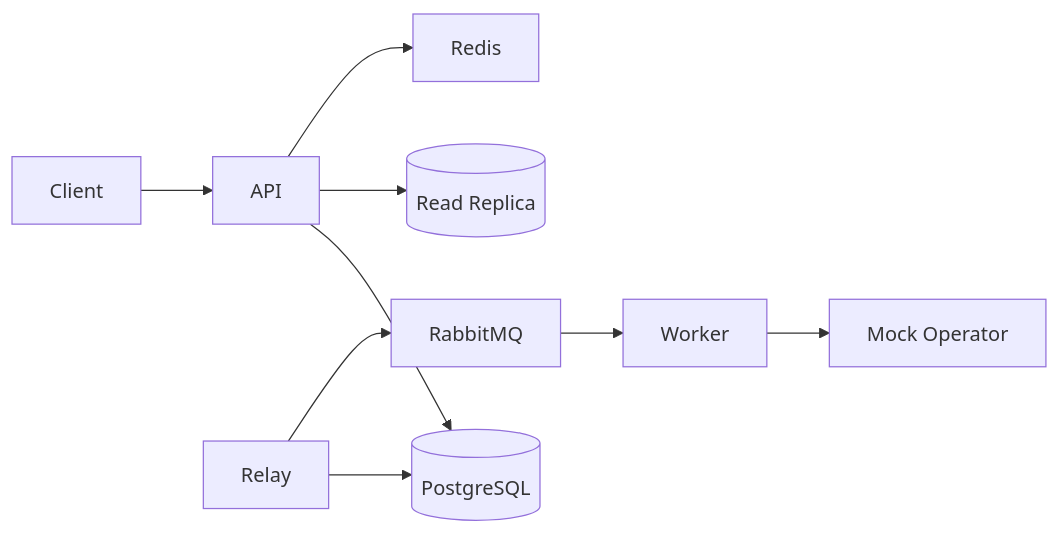
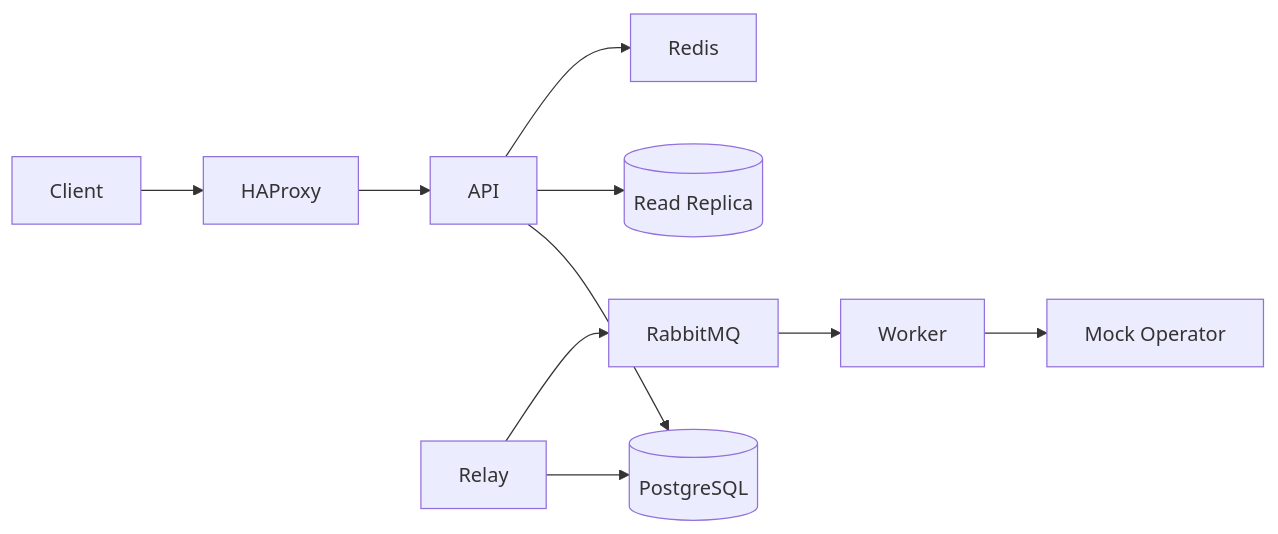
One commit to shahriyar3/arvan changed the diagram in SUBMISSION_EN.md. Above: the diagram before and after it, drawn with Mermaid. The commit also changed other lines of this file and 29 other files, not shown here.

````diff
--- a/SUBMISSION_EN.md
+++ b/SUBMISSION_EN.md
@@ -15,10 +15,11 @@
 ```mermaid
 flowchart LR
-    Client --> API
+    Client --> HAProxy
+    HAProxy --> API
     API --> PGPrimary[(PostgreSQL)]
     API --> PGReplica[(Read Replica)]
     API --> Redis
     Relay --> PGPrimary
     Relay --> RMQ[RabbitMQ]
     RMQ --> Worker --> MockOp[Mock Operator]
 ```
````
